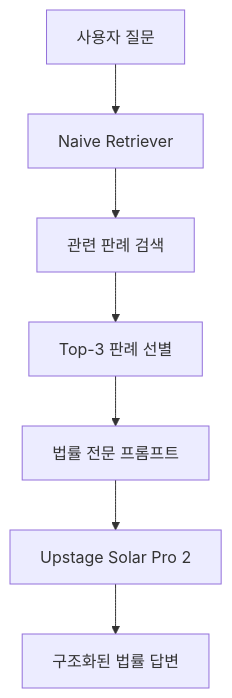
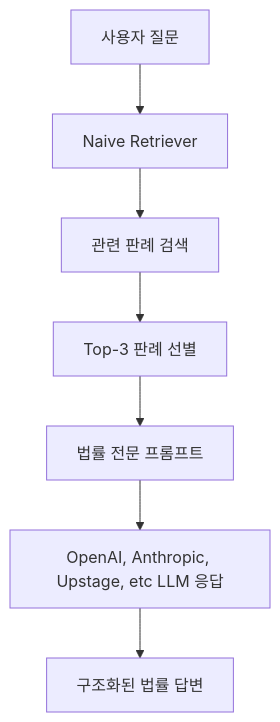
The diagram in README.md (AIBootcamp13/upstageailab-langchain-pjt-langchain_1), drawn with Mermaid before and after one commit.

````diff
--- a/README.md
+++ b/README.md
@@ -130,9 +130,9 @@
 ```mermaid
 graph TD
     A[사용자 질문] --> B[Naive Retriever]
     B --> C[관련 판례 검색]
     C --> D[Top-3 판례 선별]
     D --> E[법률 전문 프롬프트]
-    E --> F[Upstage Solar Pro 2]
+    E --> F[OpenAI, Anthropic, Upstage, etc LLM 응답]
     F --> G[구조화된 법률 답변]
 ```
````
